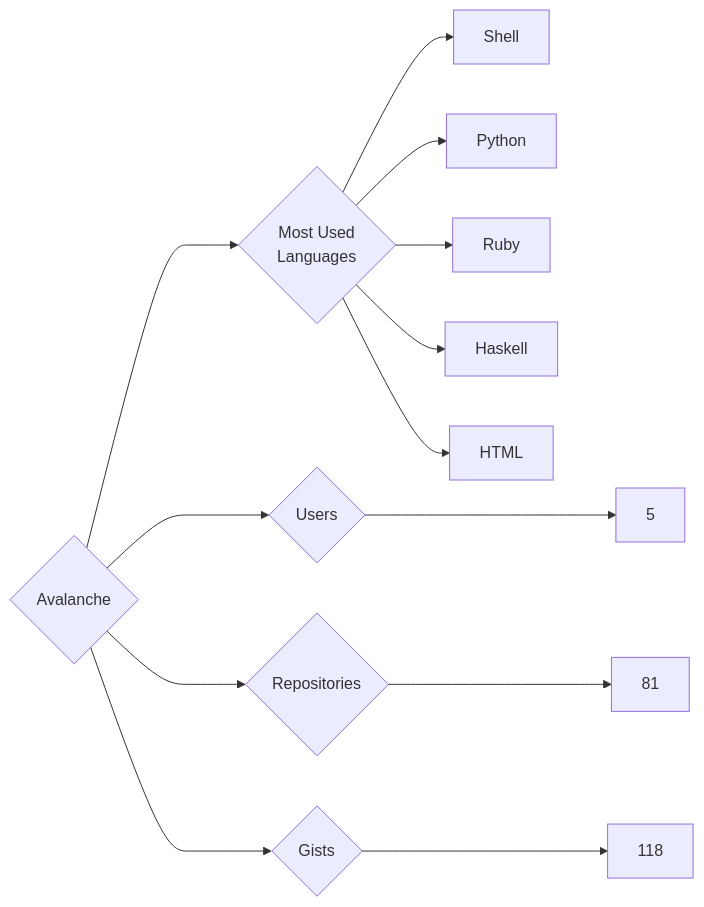
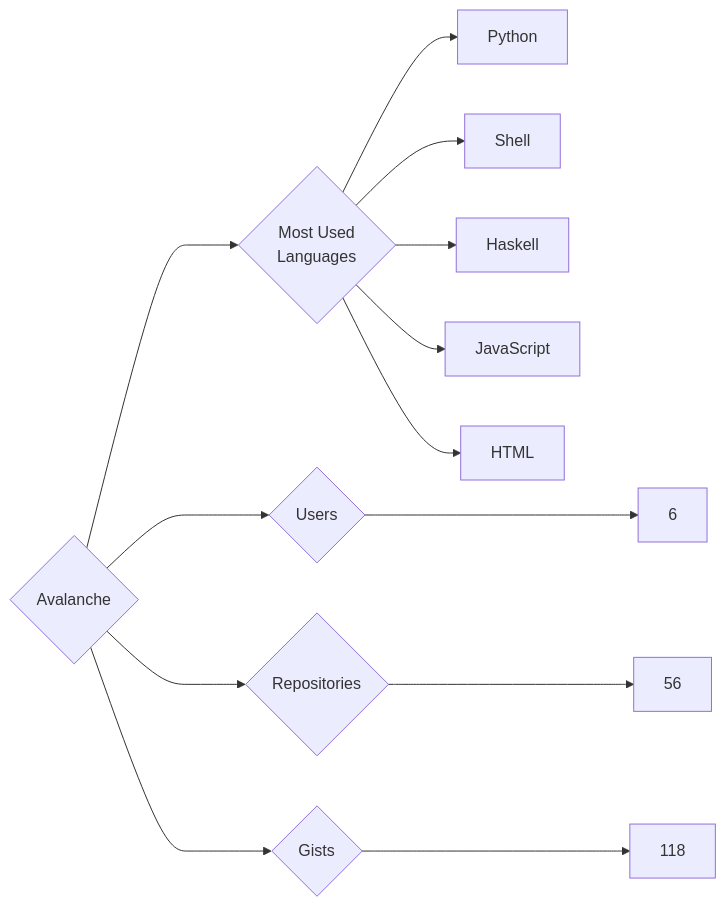
Before and after one commit to trickest/insiders: the diagram in targets/Avalanche/README.md, drawn with Mermaid. The commit also changed 1078 other files, not shown here.

````diff
--- a/targets/Avalanche/README.md
+++ b/targets/Avalanche/README.md
@@ -3,13 +3,13 @@
 ```mermaid
 graph LR
 COMPANY_NAME{Avalanche}
-COMPANY_NAME ---> U{Users} ---> UN[5]
-COMPANY_NAME ---> R{Repositories} ---> RN[81]
+COMPANY_NAME ---> U{Users} ---> UN[6]
+COMPANY_NAME ---> R{Repositories} ---> RN[56]
 COMPANY_NAME ---> G{Gists} ---> GN[118]
 COMPANY_NAME ---> ML{Most Used<br>Languages}
+ML --> Python[Python]
 ML --> Shell[Shell]
-ML --> Python[Python]
-ML --> Ruby[Ruby]
 ML --> Haskell[Haskell]
+ML --> JavaScript[JavaScript]
 ML --> HTML[HTML]
 ```
````
